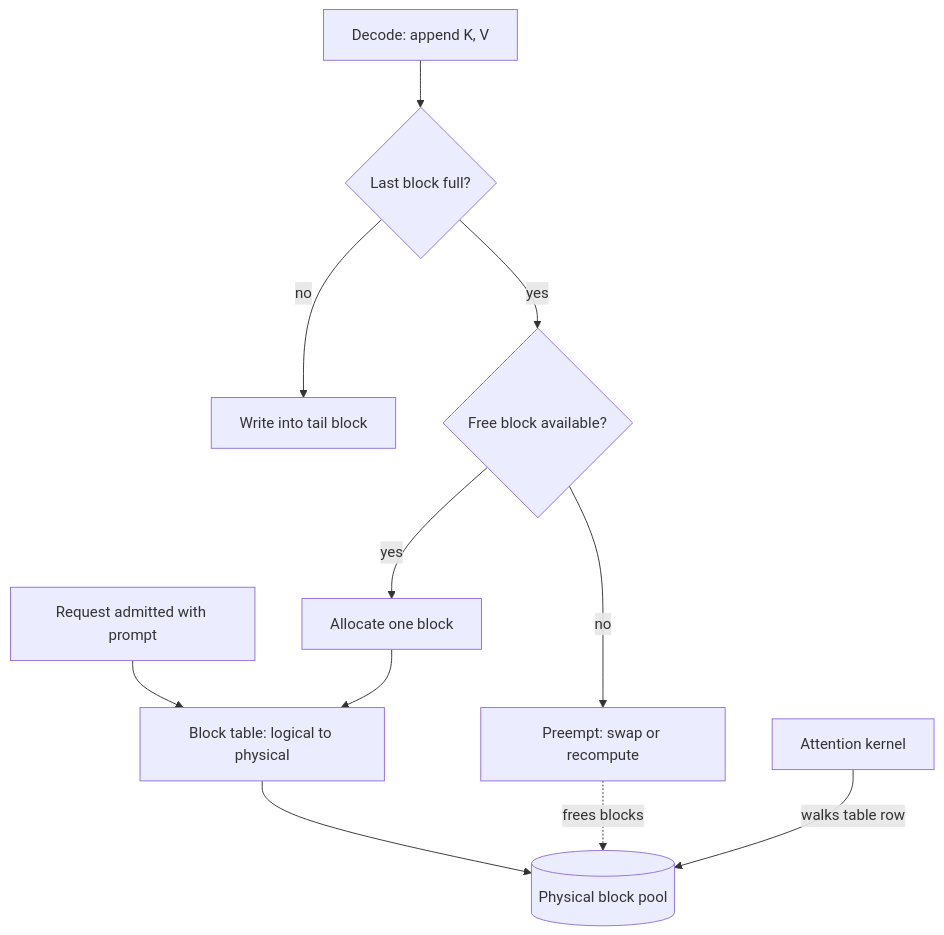
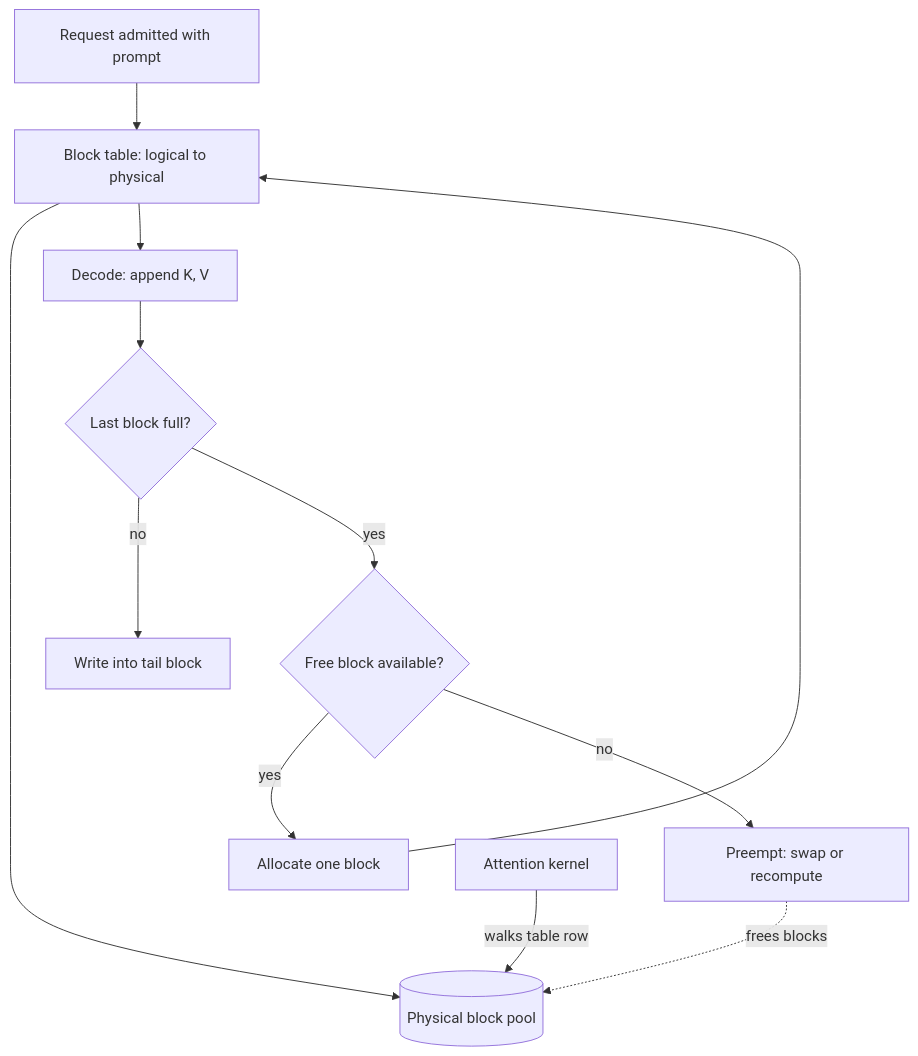
One commit to lovishmahajan97/agentic-learning changed the diagram in content/serving-inference/pagedattention.md. Above: the diagram before and after it, drawn with Mermaid. The commit also changed other lines of this file and 81 other files, not shown here.

````diff
--- a/content/serving-inference/pagedattention.md
+++ b/content/serving-inference/pagedattention.md
@@ -120,13 +120,14 @@
 ```mermaid
 flowchart TD
     R["Request admitted with prompt"] --> T["Block table: logical to physical"]
     T --> P[("Physical block pool")]
-    D["Decode: append K, V"] --> F{"Last block full?"}
+    T --> D["Decode: append K, V"]
+    D --> F{"Last block full?"}
     F -->|"no"| W["Write into tail block"]
     F -->|"yes"| A{"Free block available?"}
     A -->|"yes"| N["Allocate one block"]
     N --> T
     A -->|"no"| X["Preempt: swap or recompute"]
     X -.->|"frees blocks"| P
     K["Attention kernel"] -->|"walks table row"| P
 ```
````
